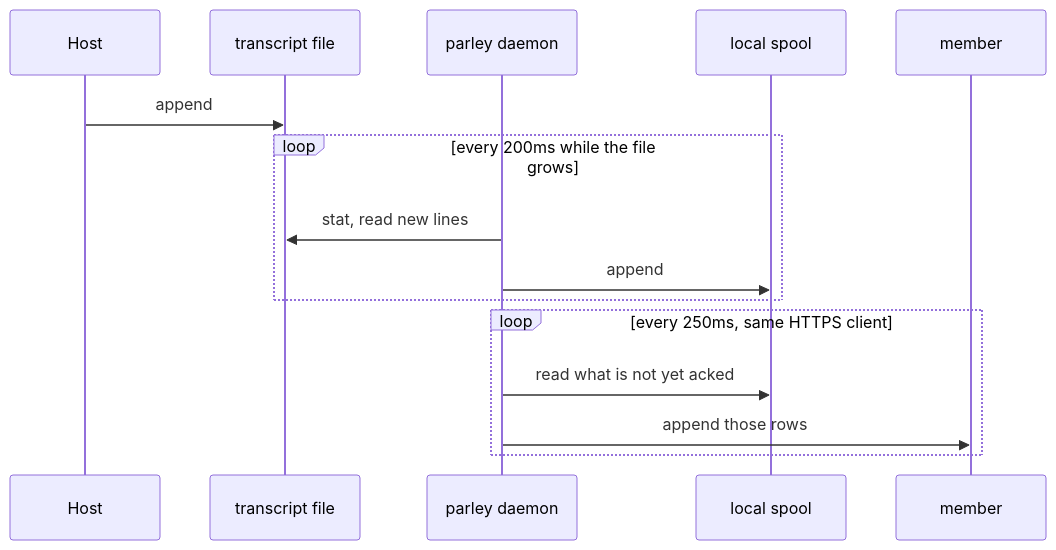
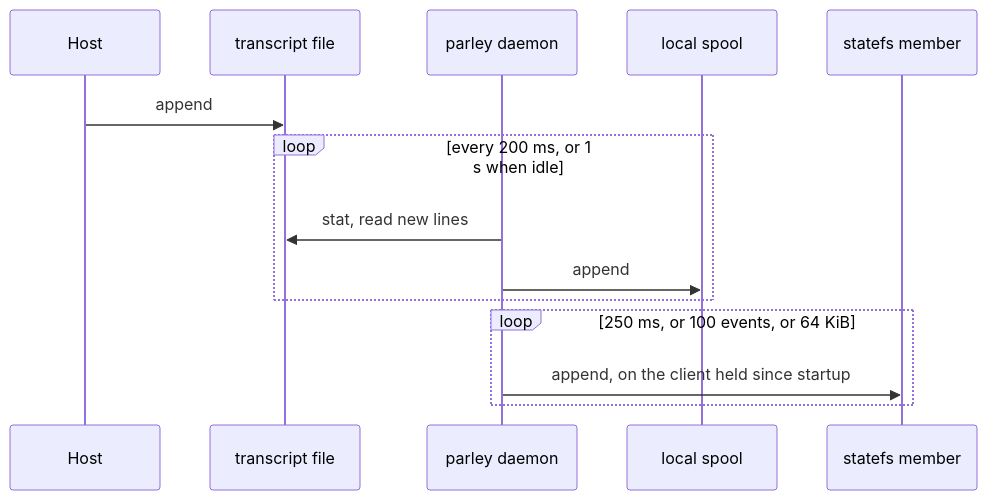
One commit to quantumwake/parley changed the sixth of 7 diagrams in docs/architecture/08_write-and-read.md. Above: the diagram before and after it, drawn with Mermaid. The commit also changed other lines of this file, not shown here.

First line of the commit message:
docs: draw the write and the read from C0 to C4

````diff
--- a/docs/architecture/08_write-and-read.md
+++ b/docs/architecture/08_write-and-read.md
@@ -49,18 +176,17 @@
 ```mermaid
 sequenceDiagram
   participant Host
   participant File as transcript file
   participant Daemon as parley daemon
   participant Spool as local spool
-  participant Member as member
+  participant Member as statefs member
 
   Host->>File: append
-  loop every 200ms while the file grows
+  loop every 200 ms, or 1 s when idle
     Daemon->>File: stat, read new lines
     Daemon->>Spool: append
   end
-  loop every 250ms, same HTTPS client
-    Daemon->>Spool: read what is not yet acked
-    Daemon->>Member: append those rows
+  loop 250 ms, or 100 events, or 64 KiB
+    Daemon->>Member: append, on the client held since startup
   end
 ```
````
